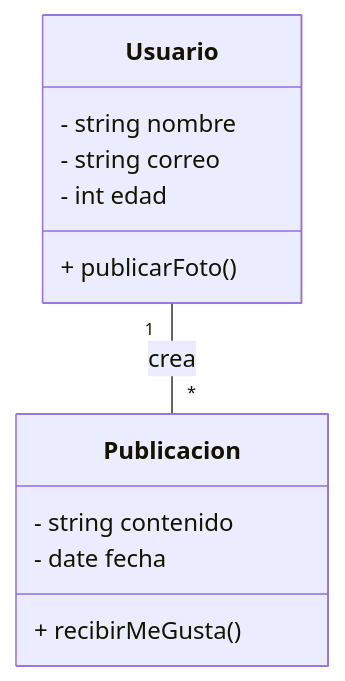
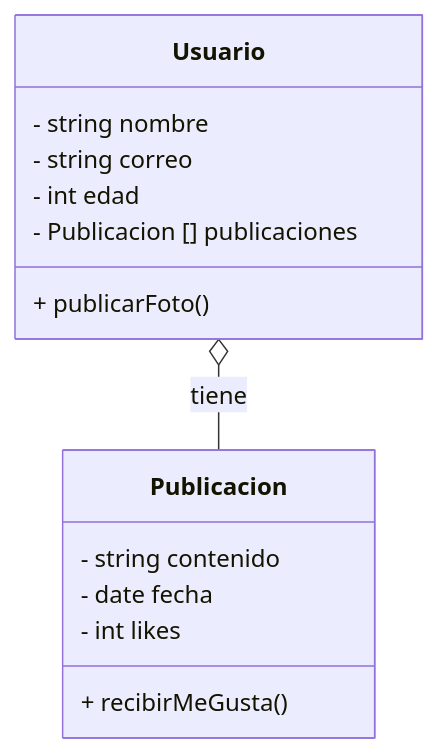
The first of 11 diagrams in 2.DiseñoOrientadoObjetos.md (lufe089/POO), drawn with Mermaid before and after one commit. The commit also changed other lines of this file, not shown here.

````diff
--- a/2.DiseñoOrientadoObjetos.md
+++ b/2.DiseñoOrientadoObjetos.md
@@ -69,17 +69,19 @@
 ```mermaid
 classDiagram
     class Usuario {
         - string nombre
         - string correo
         - int edad
+        - Publicacion [] publicaciones
         + publicarFoto()
     }
     
     class Publicacion {
         - string contenido
         - date fecha
+        - int likes
         + recibirMeGusta()
     }
     
-    Usuario "1" -- "*" Publicacion : crea
+    Usuario o-- Publicacion : tiene
 ```
````
